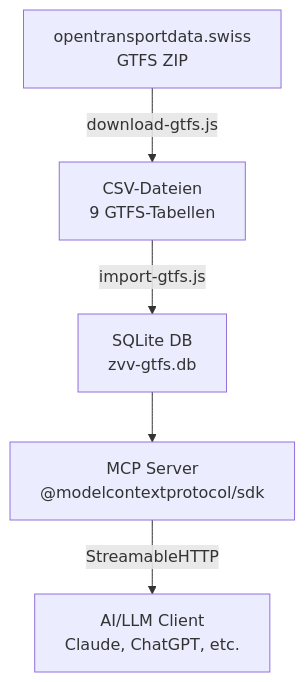
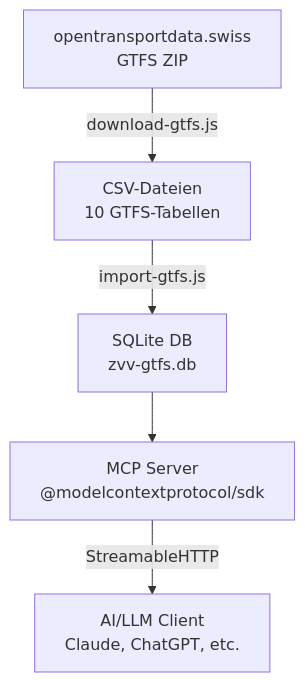
Before and after one commit to zvvch/zvv-mcp-gtfs: the diagram in README.md, drawn with Mermaid. The commit also changed other lines of this file and 7 other files, not shown here.

````diff
--- a/README.md
+++ b/README.md
@@ -11,7 +11,7 @@
 ```mermaid
 flowchart TD
-    GTFS["opentransportdata.swiss<br/>GTFS ZIP"] -->|download-gtfs.js| CSV["CSV-Dateien<br/>9 GTFS-Tabellen"]
+    GTFS["opentransportdata.swiss<br/>GTFS ZIP"] -->|download-gtfs.js| CSV["CSV-Dateien<br/>10 GTFS-Tabellen"]
     CSV -->|import-gtfs.js| DB["SQLite DB<br/>zvv-gtfs.db"]
     DB --> MCP["MCP Server<br/>@modelcontextprotocol/sdk"]
     MCP -->|StreamableHTTP| Client["AI/LLM Client<br/>Claude, ChatGPT, etc."]
 ```
````
